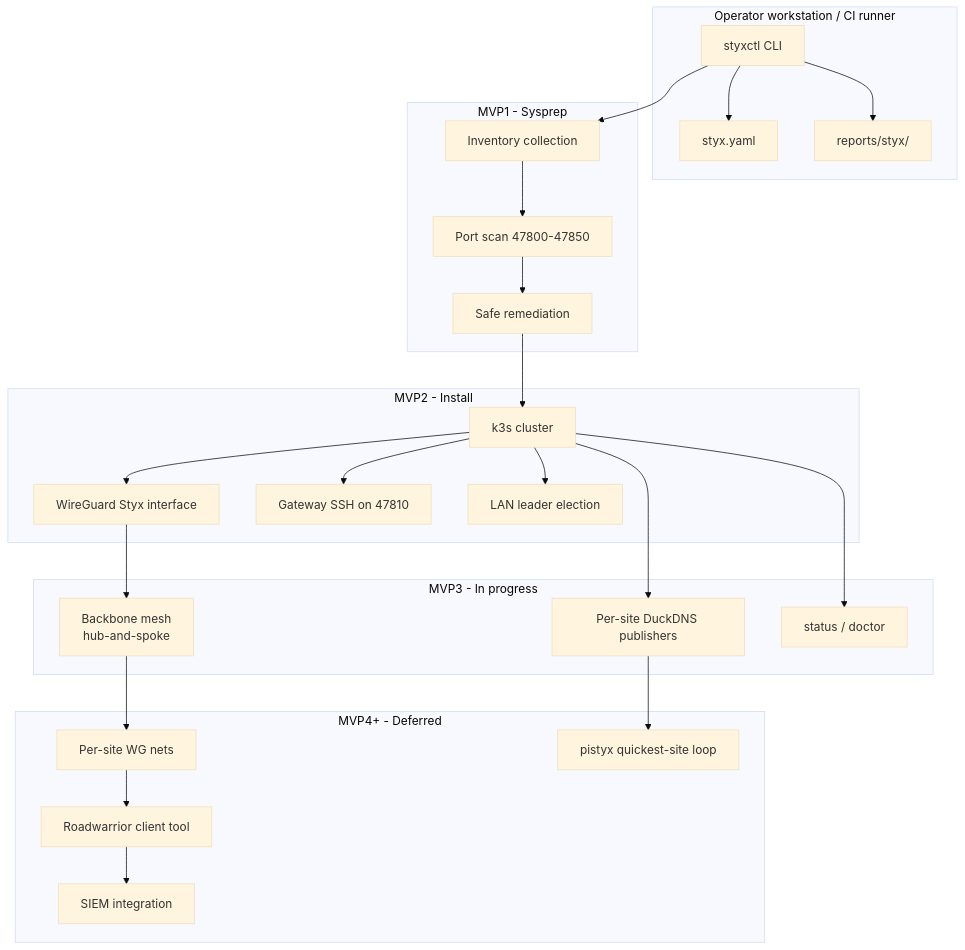
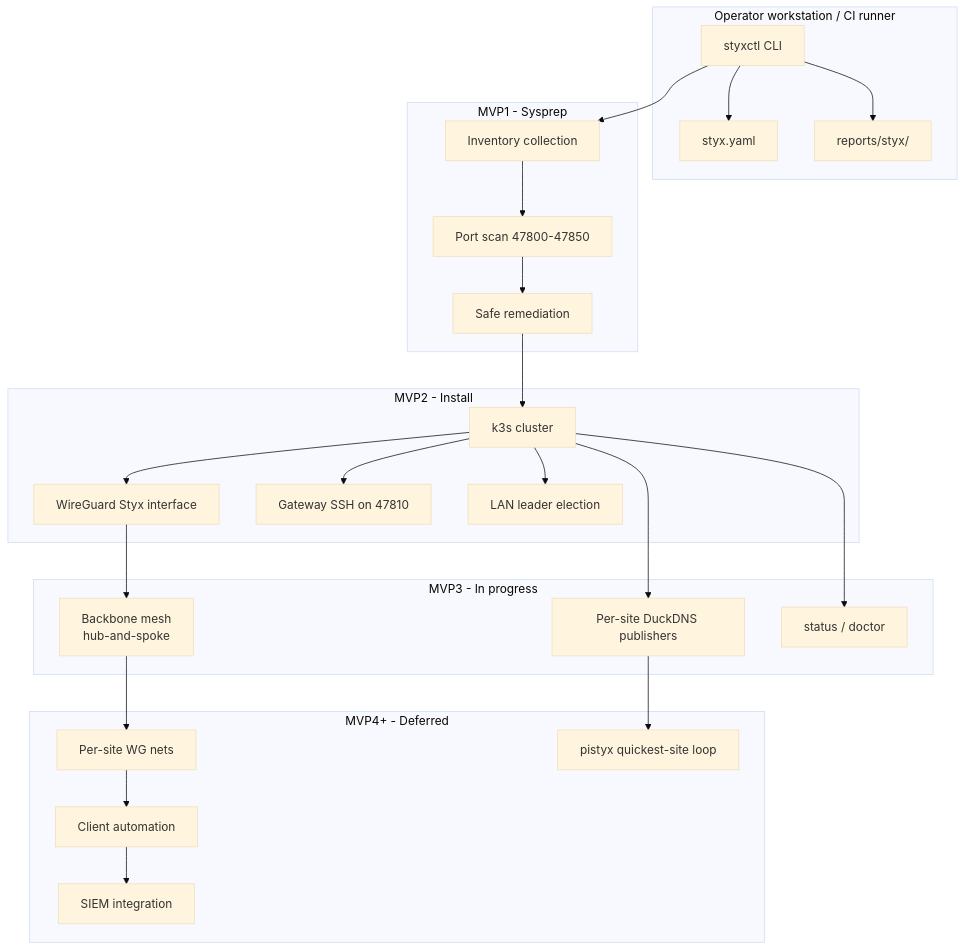
Before and after one commit to BradyWill42/styx: the diagram in README.md, drawn with Mermaid (base theme). The commit also changed other lines of this file and 11 other files, not shown here.

````diff
--- a/README.md
+++ b/README.md
@@ -55,50 +55,50 @@
 ```mermaid
 flowchart TB
     subgraph operator["Operator workstation / CI runner"]
         CLI["styxctl CLI"]
         CFG["styx.yaml"]
         RPT["reports/styx/"]
     end
 
     subgraph mvp1["MVP1 - Sysprep"]
         INV["Inventory collection"]
         PORTS["Port scan 47800-47850"]
         SAFE["Safe remediation"]
     end
 
     subgraph mvp2["MVP2 - Install"]
         K3S["k3s cluster"]
         WG["WireGuard Styx interface"]
         SSH["Gateway SSH on 47810"]
         LAN["LAN leader election"]
     end
 
     subgraph mvp3["MVP3 - In progress"]
         MESH["Backbone mesh\nhub-and-spoke"]
         DNS["Per-site DuckDNS publishers"]
         HEALTH["status / doctor"]
     end
 
     subgraph future["MVP4+ - Deferred"]
         SITEWG["Per-site WG nets"]
         PISTYX["pistyx quickest-site loop"]
-        CLIENT["Roadwarrior client tool"]
+        CLIENT["Client automation"]
         SIEM["SIEM integration"]
     end
 
     CLI --> CFG
     CLI --> INV --> PORTS
     PORTS --> SAFE
     SAFE --> K3S
     K3S --> SSH
     K3S --> LAN
     K3S --> WG
     WG --> MESH
     K3S --> DNS
     K3S --> HEALTH
     CLI --> RPT
     MESH --> SITEWG
     DNS --> PISTYX
     SITEWG --> CLIENT
     CLIENT --> SIEM
 ```
````
